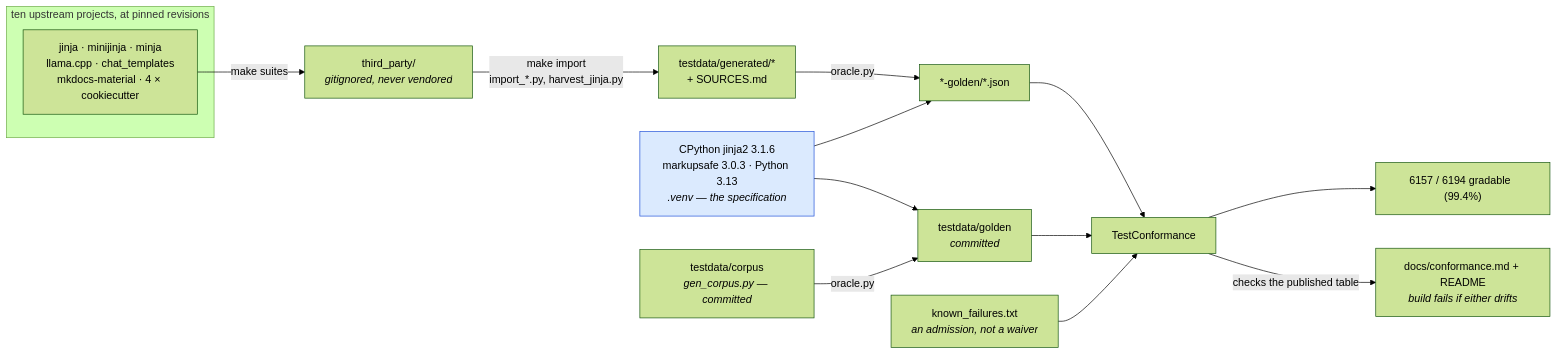
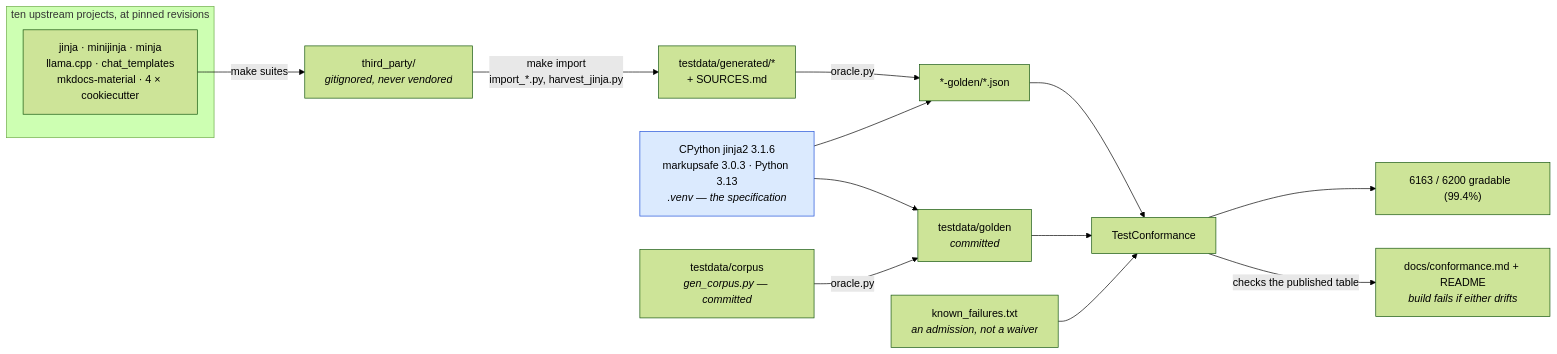
Before and after one commit to mgilbir/gojja2: the first of 2 diagrams in docs/conformance.md, drawn with Mermaid (forest theme). The commit also changed other lines of this file and 15 other files, not shown here.

````diff
--- a/docs/conformance.md
+++ b/docs/conformance.md
@@ -17,24 +17,24 @@
 ```mermaid
 flowchart LR
     subgraph up["ten upstream projects, at pinned revisions"]
         U1["jinja · minijinja · minja<br/>llama.cpp · chat_templates<br/>mkdocs-material · 4 × cookiecutter"]
     end
     U1 -->|"make suites"| TP["third_party/<br/><i>gitignored, never vendored</i>"]
     TP -->|"make import<br/>import_*.py, harvest_jinja.py"| GEN["testdata/generated/*<br/>+ SOURCES.md"]
 
     ORA["CPython jinja2 3.1.6<br/>markupsafe 3.0.3 · Python 3.13<br/><i>.venv — the specification</i>"]
     GEN -->|"oracle.py"| G2["*-golden/*.json"]
     ORA --> G2
 
     OWN["testdata/corpus<br/><i>gen_corpus.py — committed</i>"] -->|"oracle.py"| G1["testdata/golden<br/><i>committed</i>"]
     ORA --> G1
 
     G1 --> TC["TestConformance"]
     G2 --> TC
     KF["known_failures.txt<br/><i>an admission, not a waiver</i>"] --> TC
-    TC --> RATE["6157 / 6194 gradable  (99.4%)"]
+    TC --> RATE["6163 / 6200 gradable  (99.4%)"]
     TC -->|"checks the published table"| RM["docs/conformance.md + README<br/><i>build fails if either drifts</i>"]
 
     classDef spec fill:#dbeafe,stroke:#1d4ed8,color:#000
     class ORA spec
 ```
````
